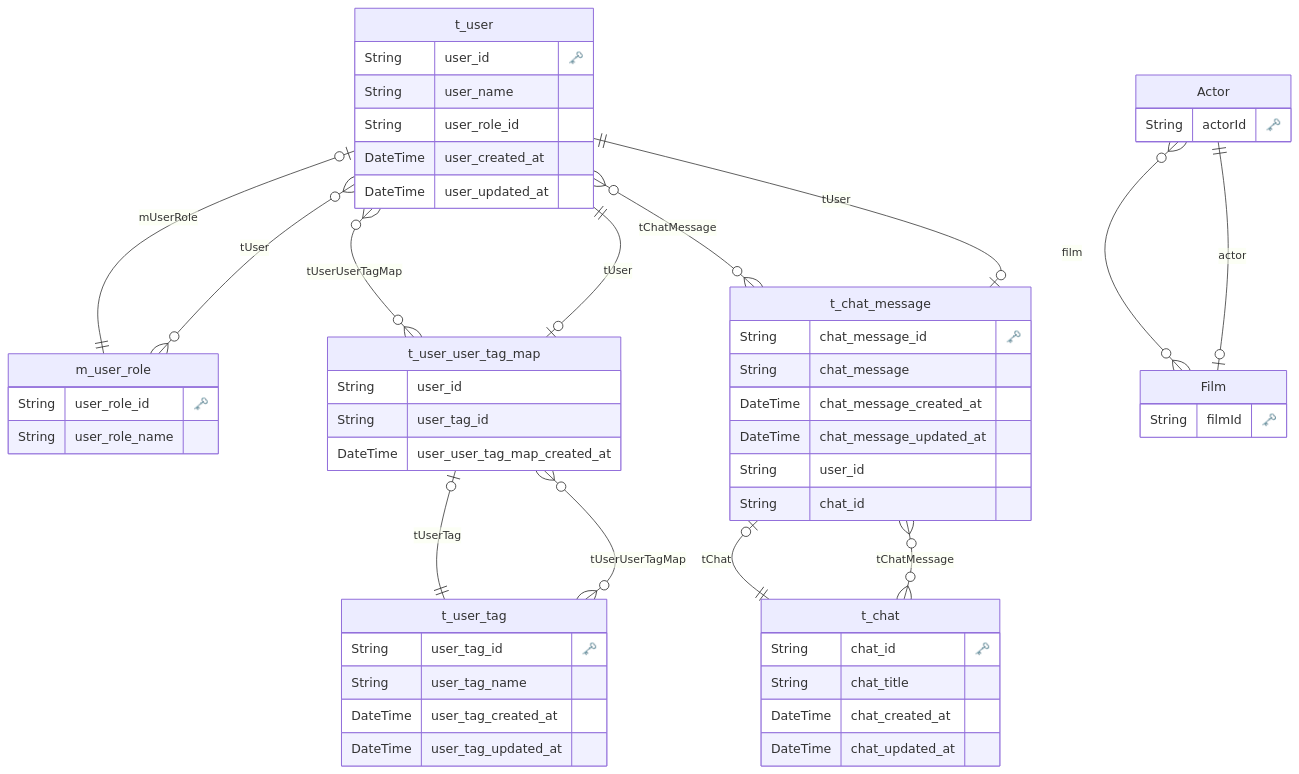
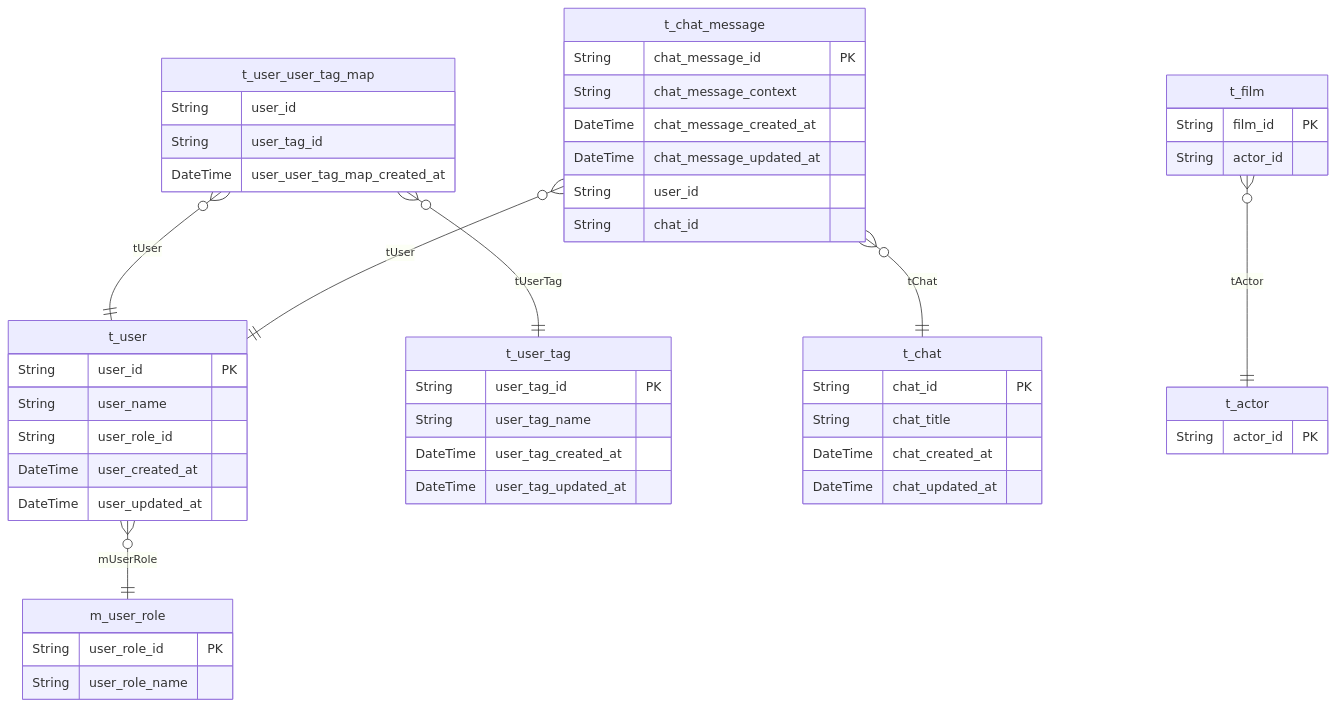
One commit to ShunsukeNONOMURA/nuxt3-master changed the diagram in project/prisma/erd.md. Above: the diagram before and after it, drawn with Mermaid. The commit also changed 157 other files, not shown here.

````diff
--- a/project/prisma/erd.md
+++ b/project/prisma/erd.md
@@ -1,73 +1,68 @@
 ```mermaid
 erDiagram
 
-  "t_user" {
-    String user_id "🗝️"
-    String user_name 
-    String user_role_id 
-    DateTime user_created_at 
-    DateTime user_updated_at 
+  t_user {
+    String user_id PK 
+    String user_name  
+    String user_role_id  
+    DateTime user_created_at  
+    DateTime user_updated_at  
     }
   
 
-  "m_user_role" {
-    String user_role_id "🗝️"
-    String user_role_name 
+  m_user_role {
+    String user_role_id PK 
+    String user_role_name  
     }
   
 
-  "t_user_tag" {
-    String user_tag_id "🗝️"
-    String user_tag_name 
-    DateTime user_tag_created_at 
-    DateTime user_tag_updated_at 
+  t_user_tag {
+    String user_tag_id PK 
+    String user_tag_name  
+    DateTime user_tag_created_at  
+    DateTime user_tag_updated_at  
     }
   
 
-  "t_user_user_tag_map" {
-    String user_id 
-    String user_tag_id 
-    DateTime user_user_tag_map_created_at 
+  t_user_user_tag_map {
+    String user_id  
+    String user_tag_id  
+    DateTime user_user_tag_map_created_at  
     }
   
 
-  "t_chat" {
-    String chat_id "🗝️"
-    String chat_title 
-    DateTime chat_created_at 
-    DateTime chat_updated_at 
+  t_chat {
+    String chat_id PK 
+    String chat_title  
+    DateTime chat_created_at  
+    DateTime chat_updated_at  
     }
   
 
-  "t_chat_message" {
-    String chat_message_id "🗝️"
-    String chat_message 
-    DateTime chat_message_created_at 
-    DateTime chat_message_updated_at 
-    String user_id 
-    String chat_id 
+  t_chat_message {
+    String chat_message_id PK 
+    String chat_message_context  
+    DateTime chat_message_created_at  
+    DateTime chat_message_updated_at  
+    String user_id  
+    String chat_id  
     }
   
 
-  "Actor" {
-    String actorId "🗝️"
+  t_actor {
+    String actor_id PK 
     }
   
 
-  "Film" {
-    String filmId "🗝️"
+  t_film {
+    String film_id PK 
+    String actor_id  
     }
   
-    "t_user" o|--|| "m_user_role" : "mUserRole"
-    "t_user" o{--}o "t_user_user_tag_map" : "tUserUserTagMap"
-    "t_user" o{--}o "t_chat_message" : "tChatMessage"
-    "m_user_role" o{--}o "t_user" : "tUser"
-    "t_user_tag" o{--}o "t_user_user_tag_map" : "tUserUserTagMap"
-    "t_user_user_tag_map" o|--|| "t_user" : "tUser"
-    "t_user_user_tag_map" o|--|| "t_user_tag" : "tUserTag"
-    "t_chat" o{--}o "t_chat_message" : "tChatMessage"
-    "t_chat_message" o|--|| "t_user" : "tUser"
-    "t_chat_message" o|--|| "t_chat" : "tChat"
-    "Actor" o{--}o "Film" : "film"
-    "Film" o|--|| "Actor" : "actor"
+    t_user o{--|| m_user_role : "mUserRole"
+    t_user_user_tag_map o{--|| t_user : "tUser"
+    t_user_user_tag_map o{--|| t_user_tag : "tUserTag"
+    t_chat_message o{--|| t_user : "tUser"
+    t_chat_message o{--|| t_chat : "tChat"
+    t_film o{--|| t_actor : "tActor"
 ```
````
